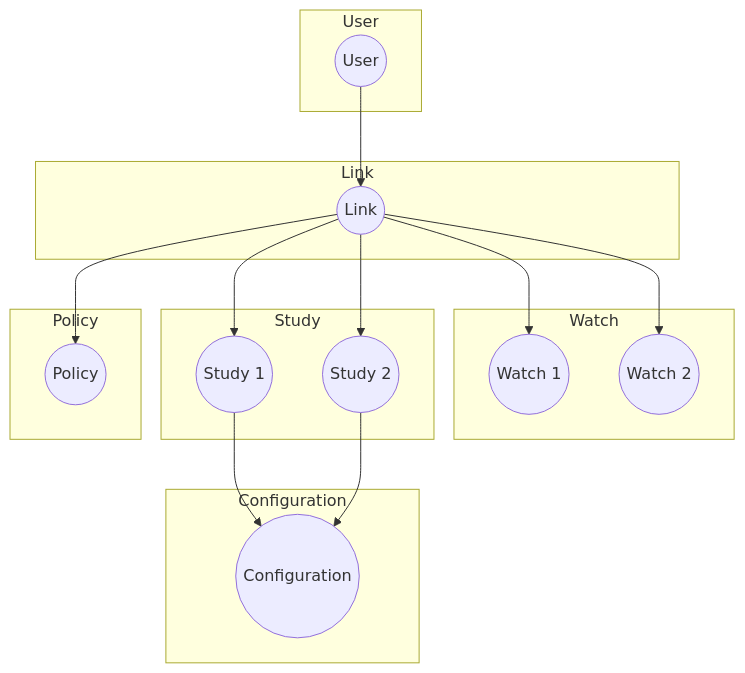
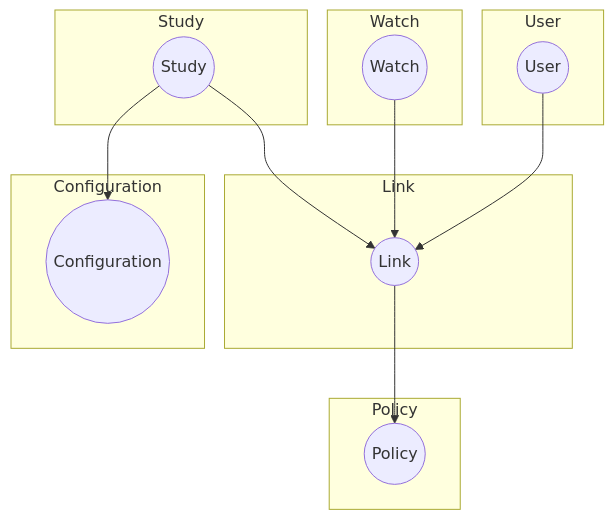
One commit to khnshn/Experiencer changed the diagram in DEVDOCS.md. Above: the diagram before and after it, drawn with Mermaid.

````diff
--- a/DEVDOCS.md
+++ b/DEVDOCS.md
@@ -49,37 +49,32 @@
 ```mermaid
 graph TD
   subgraph User
     user((User))
   end
 
   subgraph Watch
-    watch1((Watch 1))
-    watch2((Watch 2))
+    watch((Watch))
   end
 
   subgraph Study
-    study1((Study 1))
-    study2((Study 2))
+    study((Study))
   end
 
   subgraph Link
     link((Link))
   end
 
   subgraph Configuration
     configuration((Configuration))
   end
 
   subgraph Policy
     policy((Policy))
   end
 
   user --> link
-  link --> watch1
-  link --> watch2
-  link --> study1
-  link --> study2
-  study1 --> configuration
-  study2 --> configuration
+  watch --> link
+  study --> link
+  study --> configuration
   link --> policy
 ```
````
